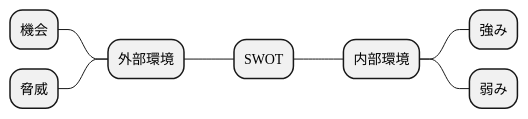
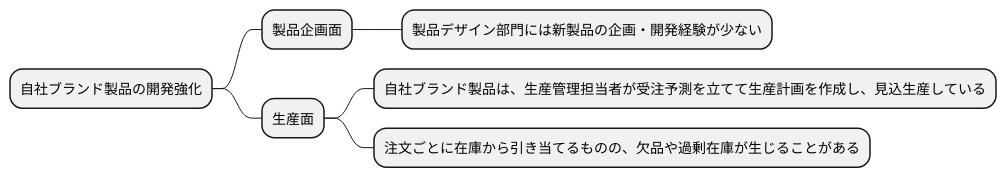
One commit to k2works/requirements_definition_excercise changed the seventh of 10 diagrams in docs/R03/study/study_3_take01.md. Above: the diagram before and after it, drawn with PlantUML. The commit also changed other lines of this file and 1 other file, not shown here.

````diff
--- a/docs/R03/study/study_3_take01.md
+++ b/docs/R03/study/study_3_take01.md
@@ -83,11 +256,12 @@
 ```plantuml
 @startmindmap
-* SWOT
--- 外部環境
---- 機会
---- 脅威
-** 内部環境
-*** 強み
-*** 弱み
+
+* 自社ブランド製品の開発強化
+** 製品企画面
+*** 製品デザイン部門には新製品の企画・開発経験が少ない
+** 生産面
+*** 自社ブランド製品は、生産管理担当者が受注予測を立てて生産計画を作成し、見込生産している
+*** 注文ごとに在庫から引き当てるものの、欠品や過剰在庫が生じることがある
+
 @endmindmap
 ```
````
